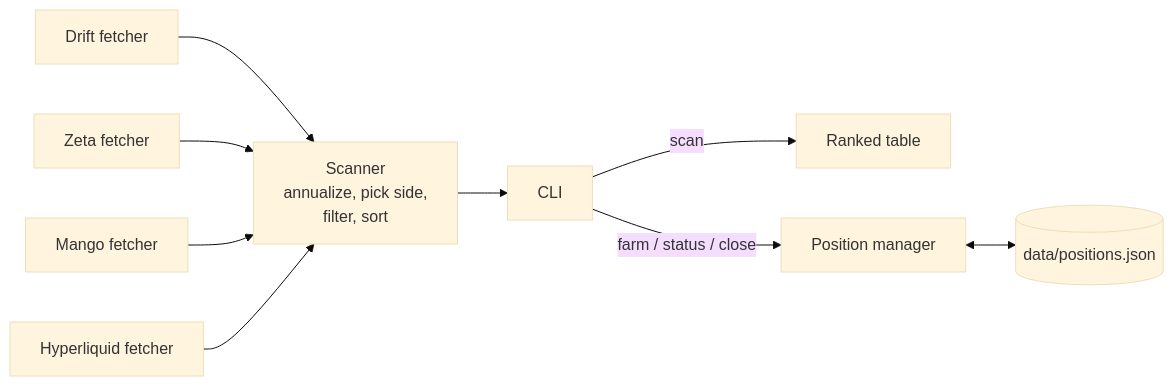
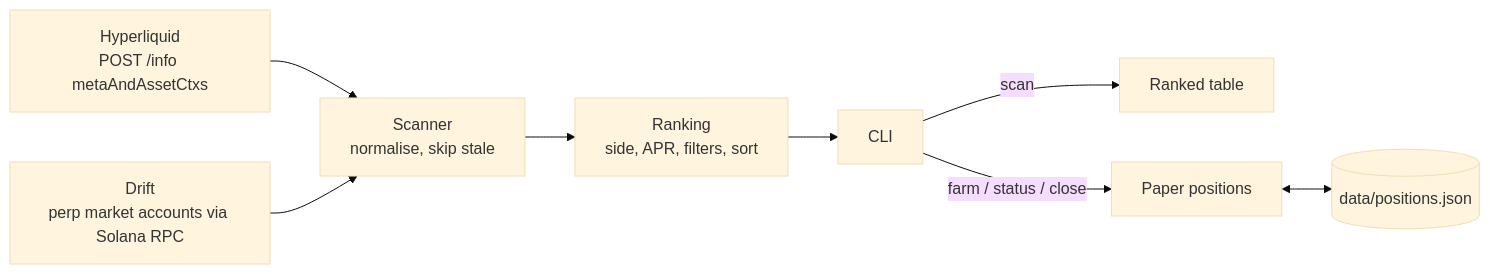
Before and after one commit to OplopUser/funding-rate-farmer: the diagram in README.md, drawn with Mermaid (base theme). The commit also changed other lines of this file and 25 other files, not shown here.

First line of the commit message:
Use real mark prices and live venue data; drop Mango and Zeta

````diff
--- a/README.md
+++ b/README.md
@@ -26,11 +32,10 @@
 ```mermaid
 flowchart LR
-    D[Drift fetcher] --> S
-    Z[Zeta fetcher] --> S
-    M[Mango fetcher] --> S
-    H[Hyperliquid fetcher] --> S
-    S[Scanner<br/>annualize, pick side,<br/>filter, sort] --> C[CLI]
+    H[Hyperliquid<br/>POST /info metaAndAssetCtxs] --> S
+    D[Drift<br/>perp market accounts via Solana RPC] --> S
+    S[Scanner<br/>normalise, skip stale] --> R[Ranking<br/>side, APR, filters, sort]
+    R --> C[CLI]
     C -->|scan| T[Ranked table]
-    C -->|farm / status / close| P[Position manager]
+    C -->|farm / status / close| P[Paper positions]
     P <--> F[(data/positions.json)]
 ```
````
